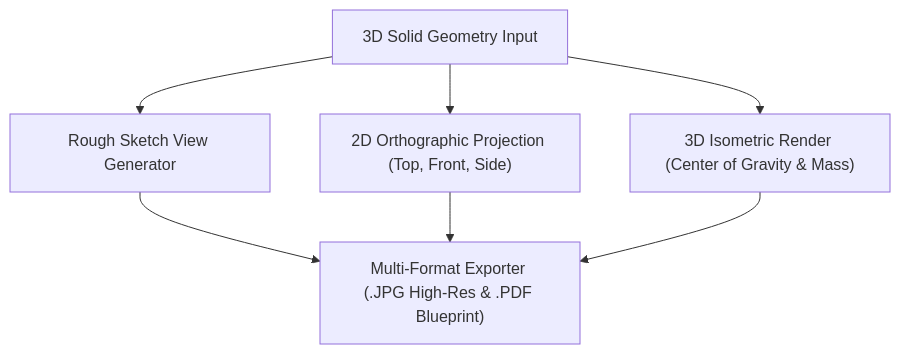
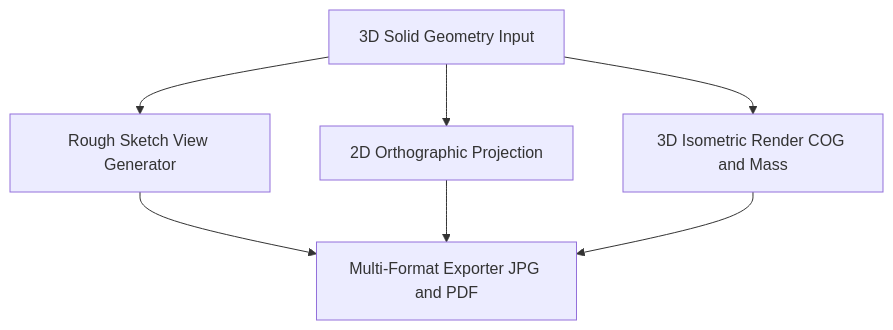
One commit to SamuelPurba/Rumus-Perpangkatan-Universal-4.0 changed the fifth of 6 diagrams in README.md. Above: the diagram before and after it, drawn with Mermaid. The commit also changed other lines of this file, not shown here.

Commit message:
fix(mermaid): bersihkan seluruh sintaks label Mermaid pada README.md agar 100% valid di GitHub Markdown

````diff
--- a/README.md
+++ b/README.md
@@ -319,10 +319,10 @@
 ```mermaid
 graph TD
     CAD_INPUT["3D Solid Geometry Input"] --> ROUGH["Rough Sketch View Generator"]
-    CAD_INPUT --> PROJ_2D["2D Orthographic Projection (Top, Front, Side)"]
-    CAD_INPUT --> ISO_3D["3D Isometric Render (Center of Gravity & Mass)"]
+    CAD_INPUT --> PROJ_2D["2D Orthographic Projection"]
+    CAD_INPUT --> ISO_3D["3D Isometric Render COG and Mass"]
 
-    ROUGH --> EXPORT["Multi-Format Exporter (.JPG High-Res & .PDF Blueprint)"]
+    ROUGH --> EXPORT["Multi-Format Exporter JPG and PDF"]
     PROJ_2D --> EXPORT
     ISO_3D --> EXPORT
 ```
````
